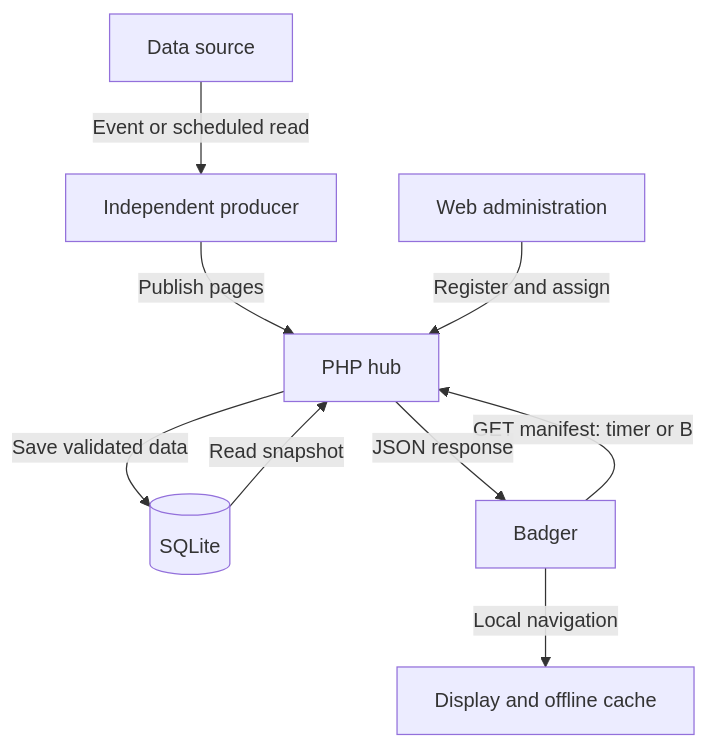
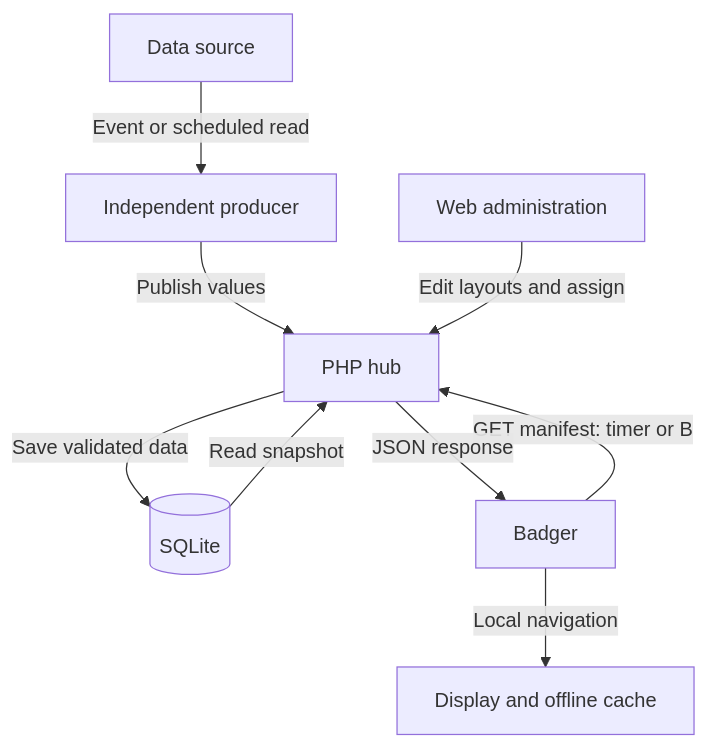
One commit to ulrischa/badger-universal-app changed the diagram in README.md. Above: the diagram before and after it, drawn with Mermaid. The commit also changed other lines of this file and 21 other files, not shown here.

````diff
--- a/README.md
+++ b/README.md
@@ -60,11 +63,11 @@
 ```mermaid
 flowchart TD
     Source["Data source"] -->|"Event or scheduled read"| Producer["Independent producer"]
-    Producer -->|"Publish pages"| Hub["PHP hub"]
-    Admin["Web administration"] -->|"Register and assign"| Hub
+    Producer -->|"Publish values"| Hub["PHP hub"]
+    Admin["Web administration"] -->|"Edit layouts and assign"| Hub
     Hub -->|"Save validated data"| Store[("SQLite")]
     Store -->|"Read snapshot"| Hub
     Badge["Badger"] -->|"GET manifest: timer or B"| Hub
     Hub -->|"JSON response"| Badge
     Badge -->|"Local navigation"| Screen["Display and offline cache"]
 ```
````
